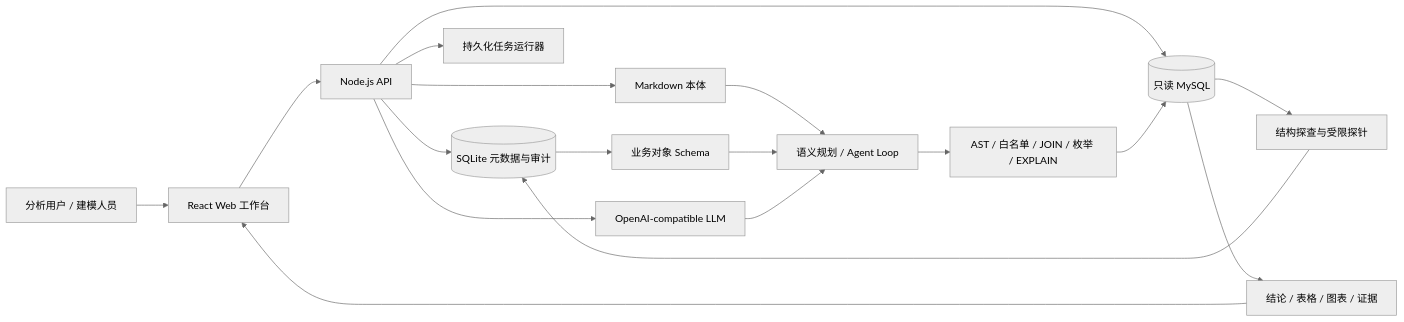
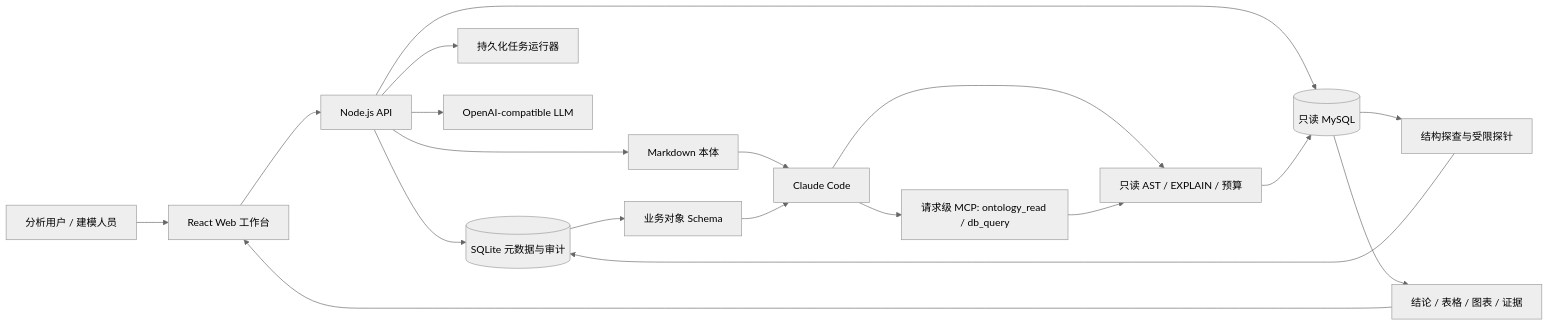
The diagram in README.md (libaofeng10/ontology-query-platform), drawn with Mermaid (neutral theme) before and after one commit. The commit also changed other lines of this file and 87 other files, not shown here.

````diff
--- a/README.md
+++ b/README.md
@@ -43,20 +44,21 @@
 ```mermaid
 flowchart LR
   User[分析用户 / 建模人员] --> Web[React Web 工作台]
   Web --> API[Node.js API]
   API --> Meta[(SQLite 元数据与审计)]
   API --> Tasks[持久化任务运行器]
   API --> Wiki[Markdown 本体]
   API --> MySQL[(只读 MySQL)]
   API --> LLM[OpenAI-compatible LLM]
   MySQL --> Discovery[结构探查与受限探针]
   Discovery --> Meta
   Meta --> Schema[业务对象 Schema]
-  Wiki --> Planner[语义规划 / Agent Loop]
+  Wiki --> Planner[Claude Code]
   Schema --> Planner
-  Planner --> Guard[AST / 白名单 / JOIN / 枚举 / EXPLAIN]
-  LLM --> Planner
+  Planner --> Guard[只读 AST / EXPLAIN / 预算]
+  Planner --> MCP[请求级 MCP: ontology_read / db_query]
+  MCP --> Guard
   Guard --> MySQL
   MySQL --> Answer[结论 / 表格 / 图表 / 证据]
   Answer --> Web
 ```
````
